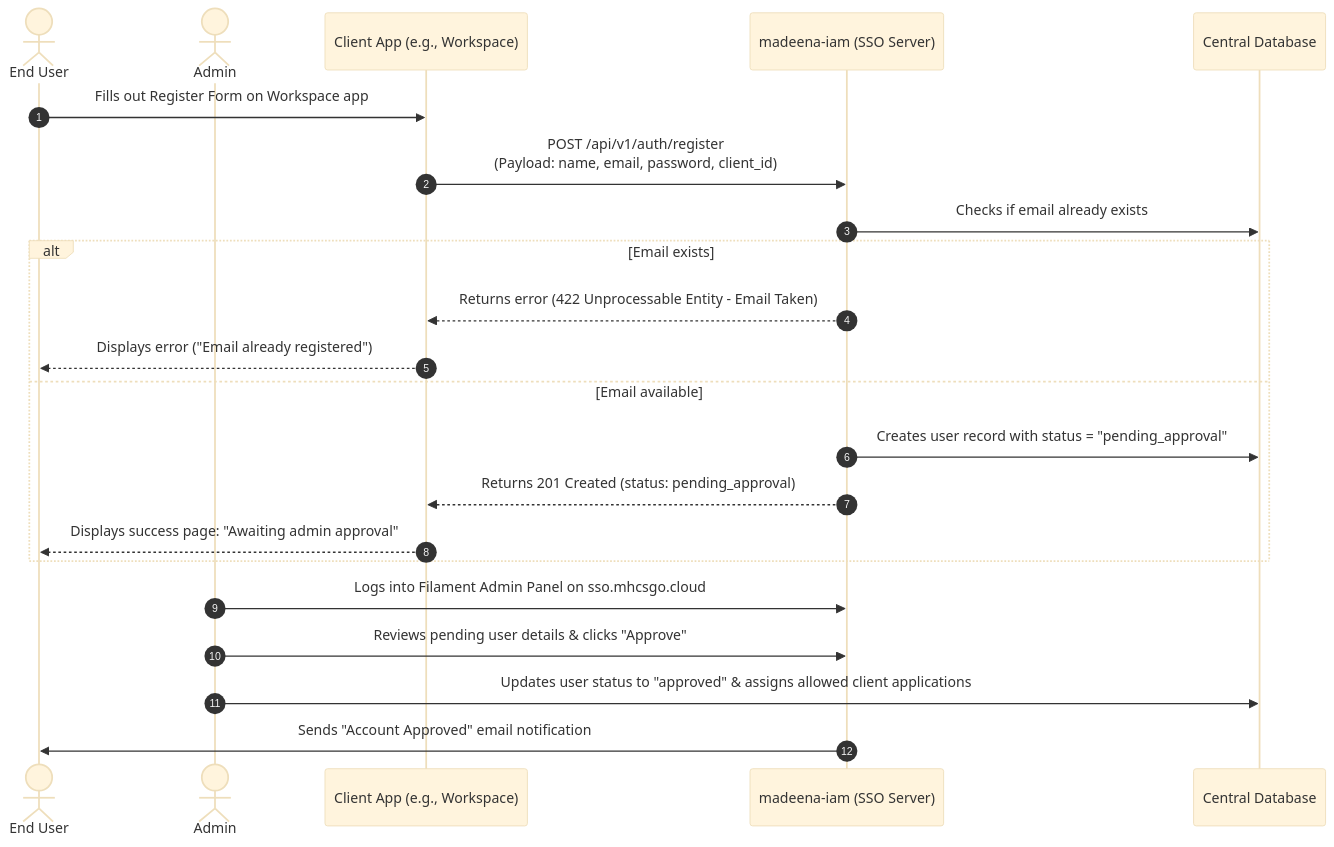
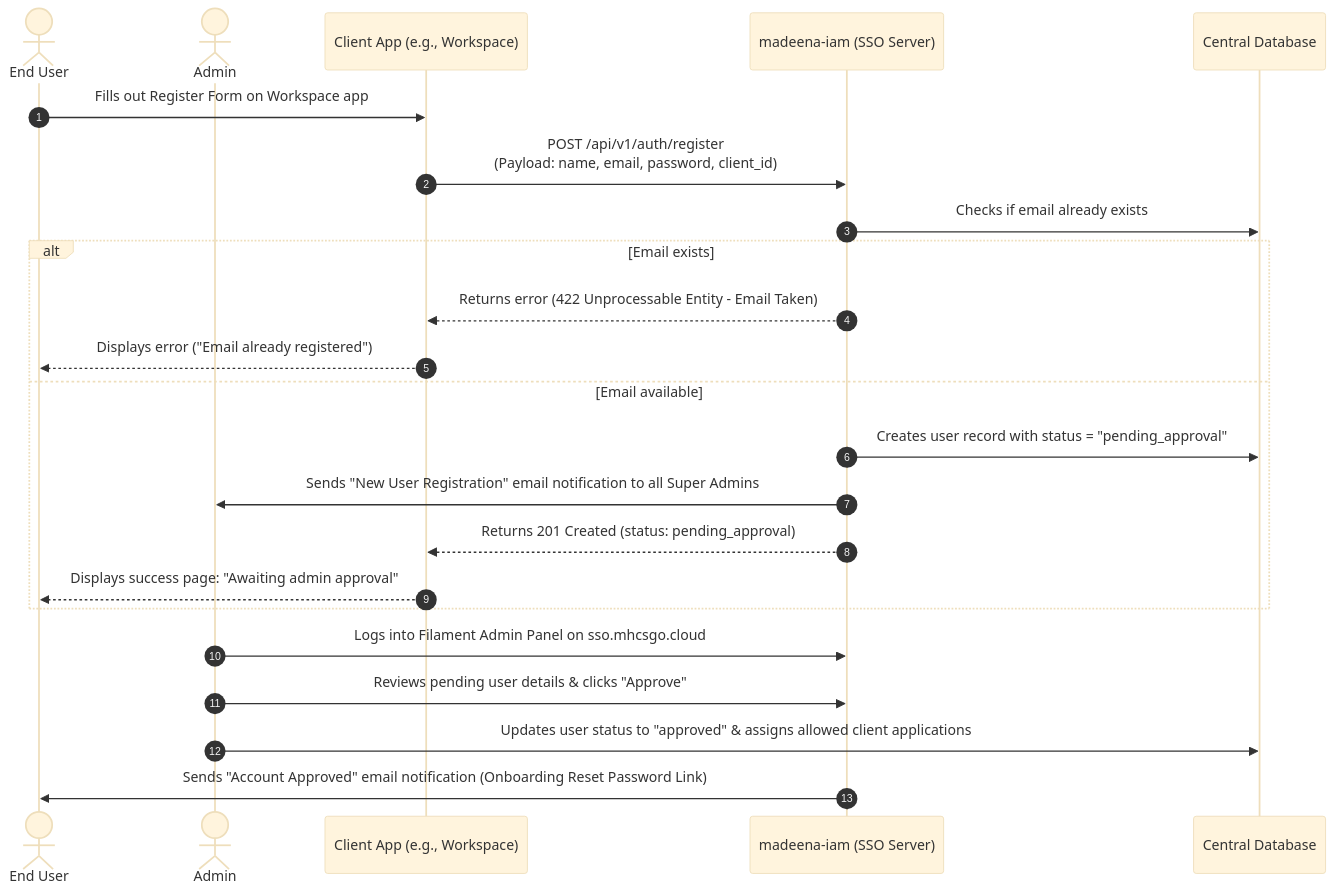
One commit to Madeena-software/madeena-iam changed the second of 5 diagrams in docs/madeena_iam_prd.md. Above: the diagram before and after it, drawn with Mermaid (base theme). The commit also changed other lines of this file and 11 other files, not shown here.

Commit message:
feat: notify super admins via email upon new user registration via API

````diff
--- a/docs/madeena_iam_prd.md
+++ b/docs/madeena_iam_prd.md
@@ -85,28 +85,29 @@
 ```mermaid
 sequenceDiagram
     autonumber
     actor User as End User
     actor Admin
     participant App as Client App (e.g., Workspace)
     participant IAM as madeena-iam (SSO Server)
     participant DB as Central Database
 
     User->>App: Fills out Register Form on Workspace app
     App->>IAM: POST /api/v1/auth/register<br>(Payload: name, email, password, client_id)
     
     IAM->>DB: Checks if email already exists
     alt Email exists
         IAM-->>App: Returns error (422 Unprocessable Entity - Email Taken)
         App-->>User: Displays error ("Email already registered")
     else Email available
         IAM->>DB: Creates user record with status = "pending_approval"
+        IAM->>Admin: Sends "New User Registration" email notification to all Super Admins
         IAM-->>App: Returns 201 Created (status: pending_approval)
         App-->>User: Displays success page: "Awaiting admin approval"
     end
 
     %% Admin Verification Phase (Out-of-band)
     Admin->>IAM: Logs into Filament Admin Panel on sso.mhcsgo.cloud
     Admin->>IAM: Reviews pending user details & clicks "Approve"
     Admin->>DB: Updates user status to "approved" & assigns allowed client applications
-    IAM->>User: Sends "Account Approved" email notification
+    IAM->>User: Sends "Account Approved" email notification (Onboarding Reset Password Link)
 ```
````
